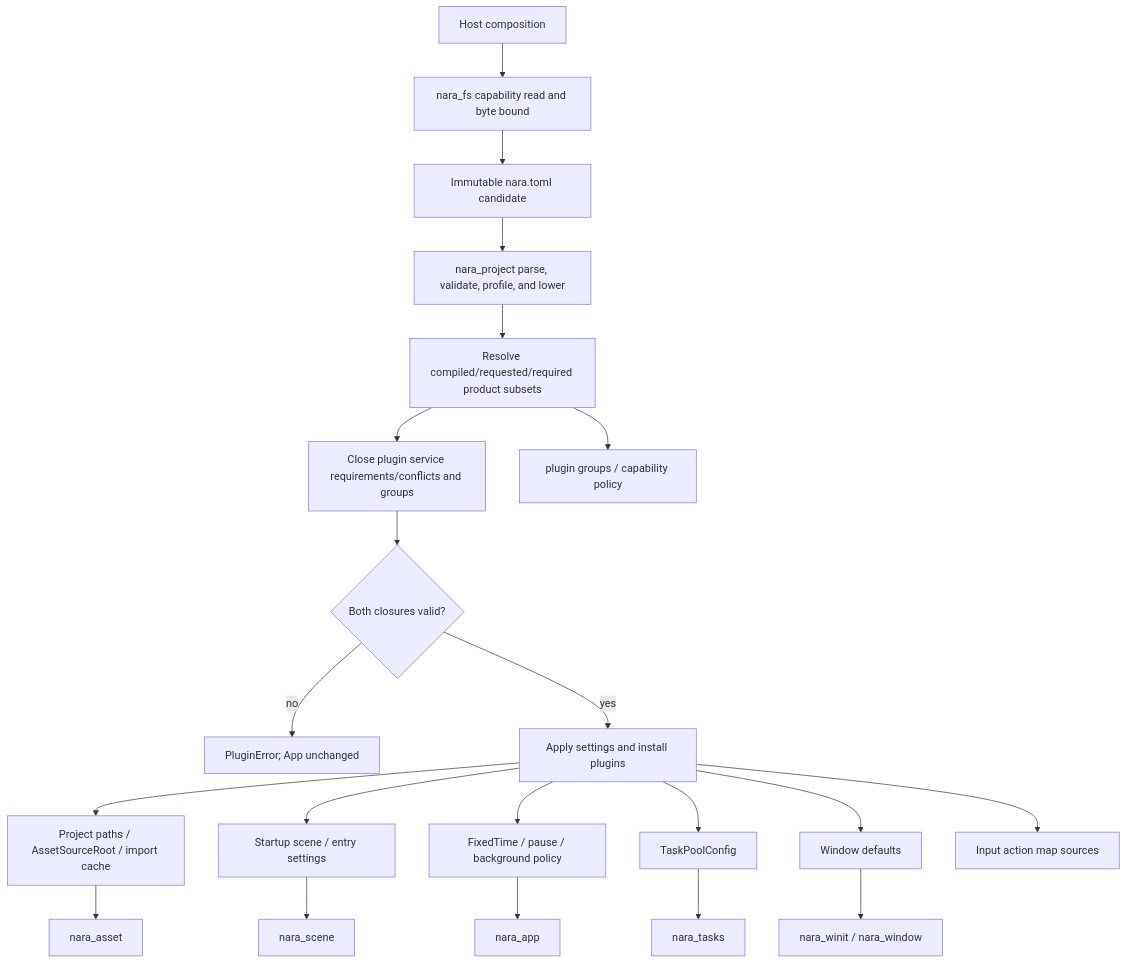
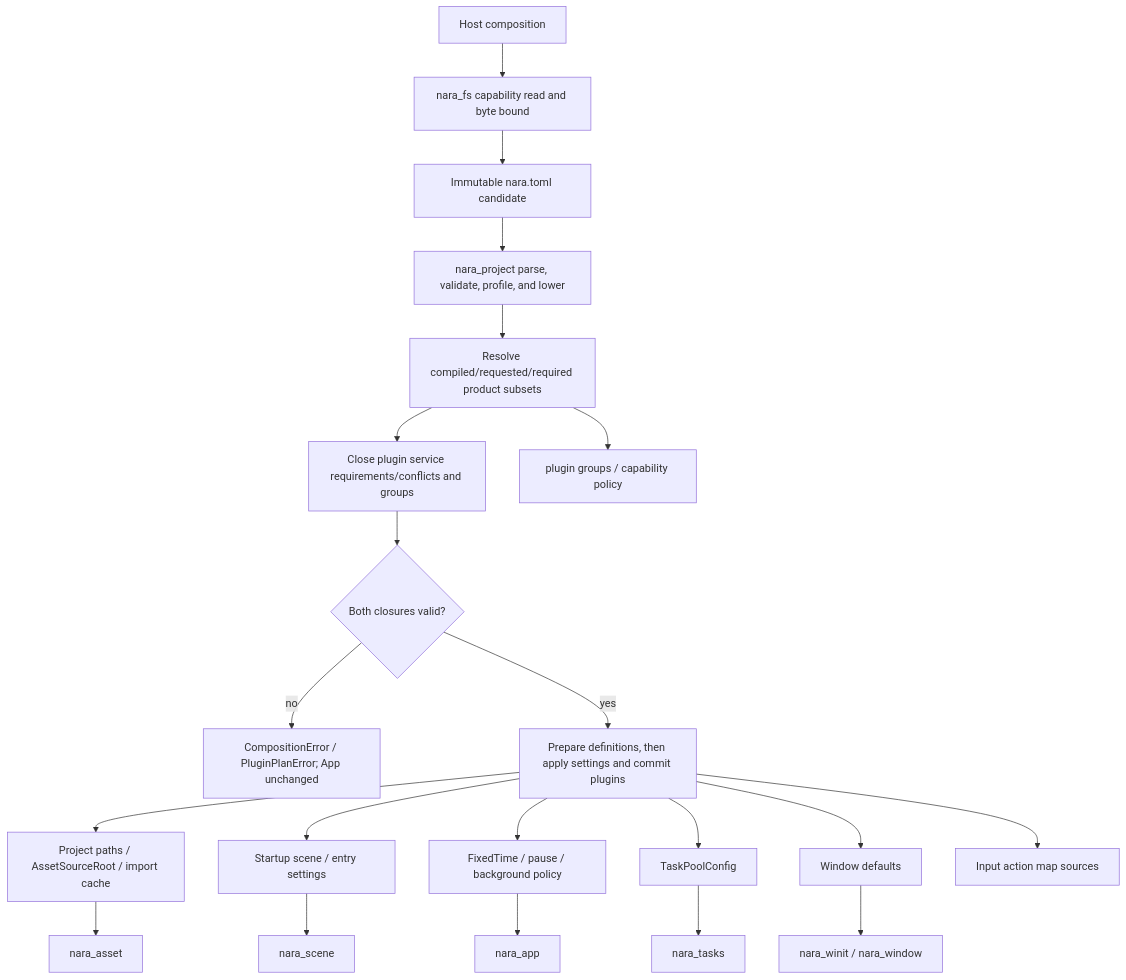
The diagram in docs/architecture/adr/0035-project-manifest-and-runtime-settings-authority.md (Latias94/nara), drawn with Mermaid before and after one commit. The commit also changed other lines of this file and 13 other files, not shown here.

First line of the commit message:
docs(architecture): close plugin composition contract

````diff
--- a/docs/architecture/adr/0035-project-manifest-and-runtime-settings-authority.md
+++ b/docs/architecture/adr/0035-project-manifest-and-runtime-settings-authority.md
@@ -77,23 +80,23 @@
 ```mermaid
 flowchart TD
     Host[Host composition] --> FS[nara_fs capability read and byte bound]
     FS --> Candidate[Immutable nara.toml candidate]
     Candidate --> Validate[nara_project parse, validate, profile, and lower]
     Validate --> Product[Resolve compiled/requested/required product subsets]
     Product --> Services[Close plugin service requirements/conflicts and groups]
     Services --> Gate{Both closures valid?}
-    Gate -->|no| Reject[PluginError; App unchanged]
-    Gate -->|yes| Apply[Apply settings and install plugins]
+    Gate -->|no| Reject[CompositionError / PluginPlanError; App unchanged]
+    Gate -->|yes| Apply[Prepare definitions, then apply settings and commit plugins]
     Apply --> Paths[Project paths / AssetSourceRoot / import cache]
     Apply --> Startup[Startup scene / entry settings]
     Apply --> Runtime[FixedTime / pause / background policy]
     Apply --> Tasks[TaskPoolConfig]
     Apply --> Window[Window defaults]
     Apply --> Input[Input action map sources]
     Paths --> Asset[nara_asset]
     Startup --> Scene[nara_scene]
     Runtime --> App[nara_app]
     Tasks --> TaskPlugin[nara_tasks]
     Window --> Winit[nara_winit / nara_window]
     Product --> Profile[plugin groups / capability policy]
 ```
````
